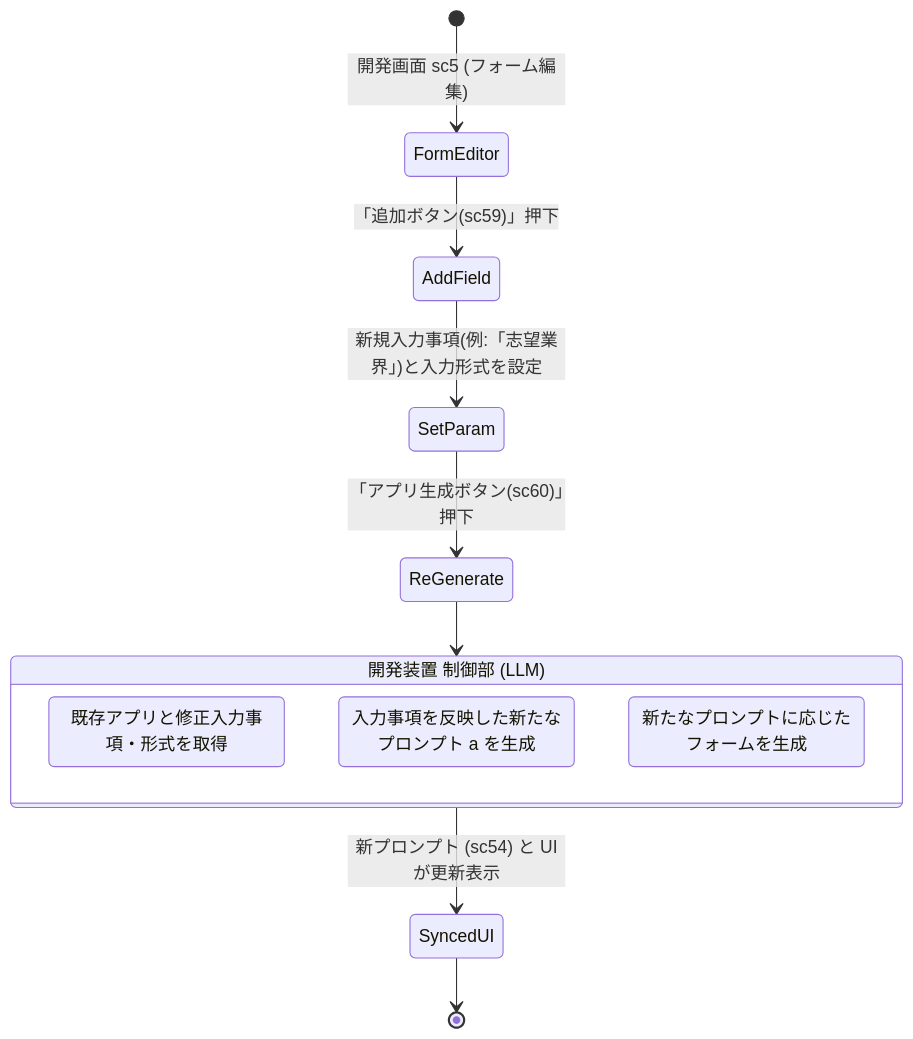
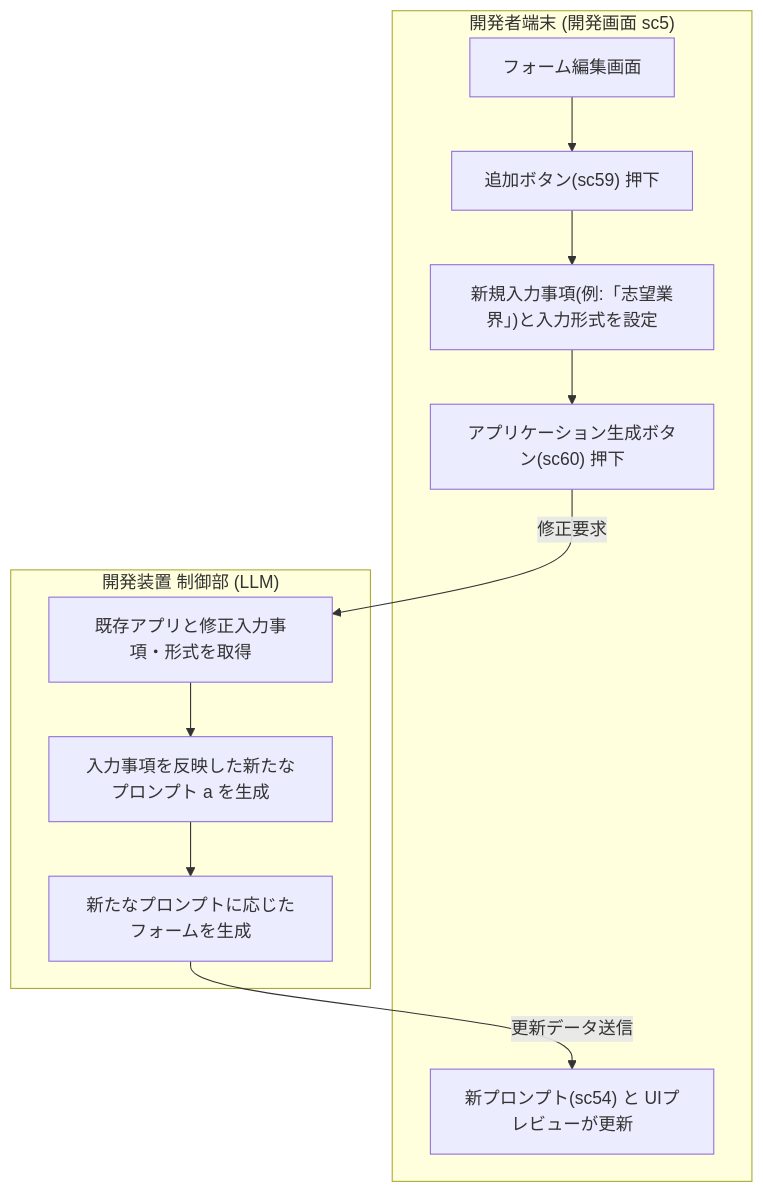
Before and after one commit to hideshi/blog: the fifth of 6 diagrams in _posts/2026-09-05-elyza-tasks-feature-strengths.md, drawn with Mermaid. The commit also changed other lines of this file and 1 other file, not shown here.

Commit message:
UI図の視認性改善（Mermaidフロー図・Markdown記法への置換）およびpre要素の折り返し設定を追加

````diff
--- a/_posts/2026-09-05-elyza-tasks-feature-strengths.md
+++ b/_posts/2026-09-05-elyza-tasks-feature-strengths.md
@@ -231,17 +230,26 @@
 ```mermaid
-stateDiagram-v2
-    [*] --> FormEditor: 開発画面 sc5 (フォーム編集)
-    FormEditor --> AddField: 「追加ボタン(sc59)」押下
-    AddField --> SetParam: 新規入力事項(例:「志望業界」)と入力形式を設定
-    SetParam --> ReGenerate: 「アプリ生成ボタン(sc60)」押下
-    
-    state "開発装置 制御部 (LLM)" as Server {
-        ParseChange: 既存アプリと修正入力事項・形式を取得
-        UpdatePrompt: 入力事項を反映した新たなプロンプト a を生成
-        UpdateForm: 新たなプロンプトに応じたフォームを生成
-    }
-    
-    ReGenerate --> Server
-    Server --> SyncedUI: 新プロンプト (sc54) と UIが更新表示
-    SyncedUI --> [*]
+flowchart TD
+    subgraph Client["開発者端末 (開発画面 sc5)"]
+        FormEditor["フォーム編集画面"]
+        AddField["追加ボタン(sc59) 押下"]
+        SetParam["新規入力事項(例:「志望業界」)と入力形式を設定"]
+        ReGenerate["アプリケーション生成ボタン(sc60) 押下"]
+        SyncedUI["新プロンプト(sc54) と UIプレビューが更新"]
+
+        FormEditor --> AddField
+        AddField --> SetParam
+        SetParam --> ReGenerate
+    end
+
+    subgraph Server["開発装置 制御部 (LLM)"]
+        ParseChange["既存アプリと修正入力事項・形式を取得"]
+        UpdatePrompt["入力事項を反映した新たなプロンプト a を生成"]
+        UpdateForm["新たなプロンプトに応じたフォームを生成"]
+
+        ParseChange --> UpdatePrompt
+        UpdatePrompt --> UpdateForm
+    end
+
+    ReGenerate -->|修正要求| ParseChange
+    UpdateForm -->|更新データ送信| SyncedUI
 ```
````
